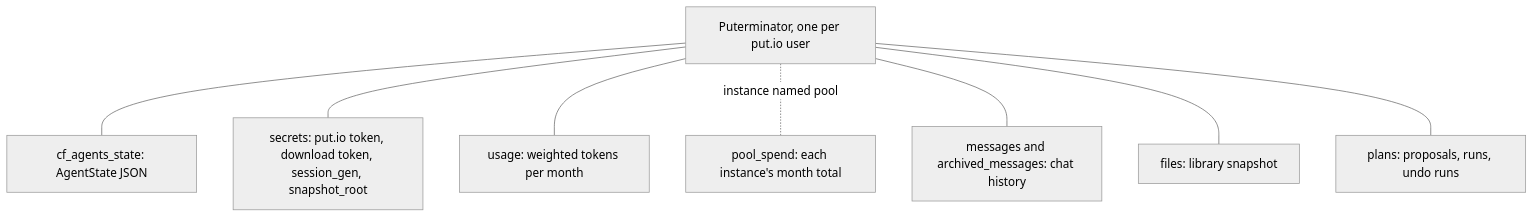
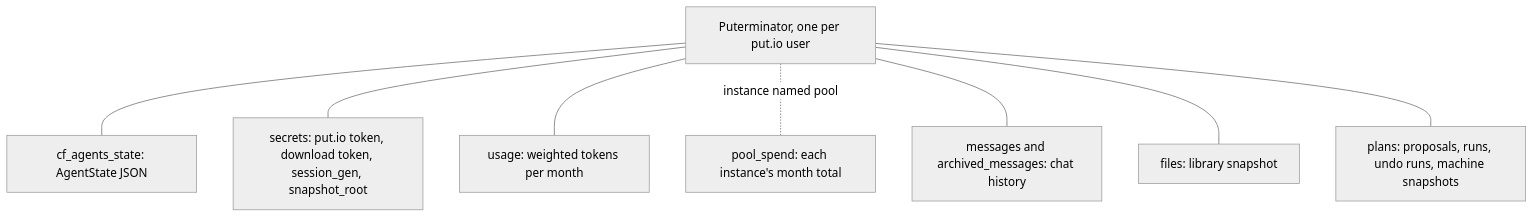
One commit to altaywtf/puterminator changed the fourth of 4 diagrams in docs/architecture.md. Above: the diagram before and after it, drawn with Mermaid (neutral theme). The commit also changed other lines of this file and 13 other files, not shown here.

````diff
--- a/docs/architecture.md
+++ b/docs/architecture.md
@@ -78,11 +79,11 @@
 ```mermaid
 flowchart TB
   D[Puterminator, one per put.io user]
   D --- st[cf_agents_state: AgentState JSON]
   D --- se[secrets: put.io token, download token, session_gen, snapshot_root]
   D --- us[usage: weighted tokens per month]
   D -. "instance named pool" .- ps[pool_spend: each instance's month total]
   D --- me[messages and archived_messages: chat history]
   D --- fi[files: library snapshot]
-  D --- pl[plans: proposals, runs, undo runs]
+  D --- pl[plans: proposals, runs, undo runs, machine snapshots]
 ```
````
